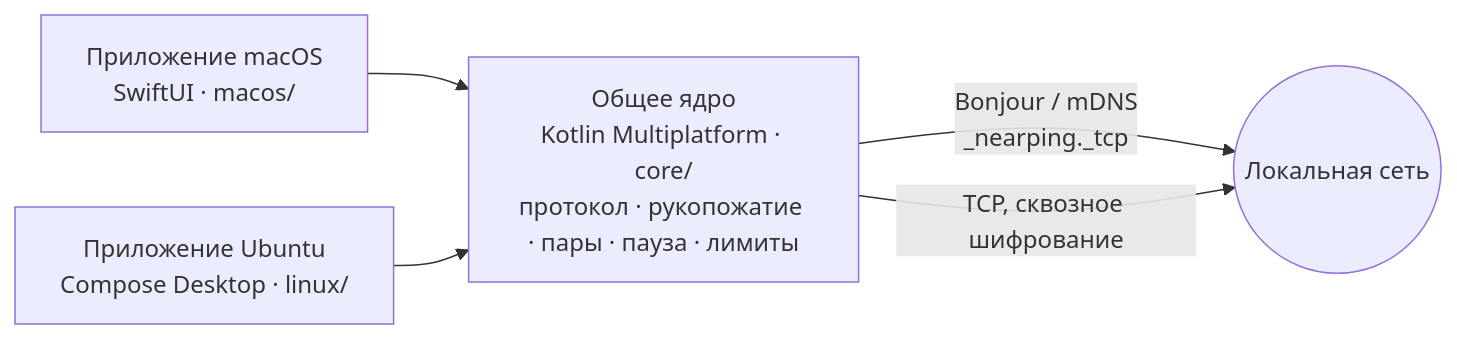
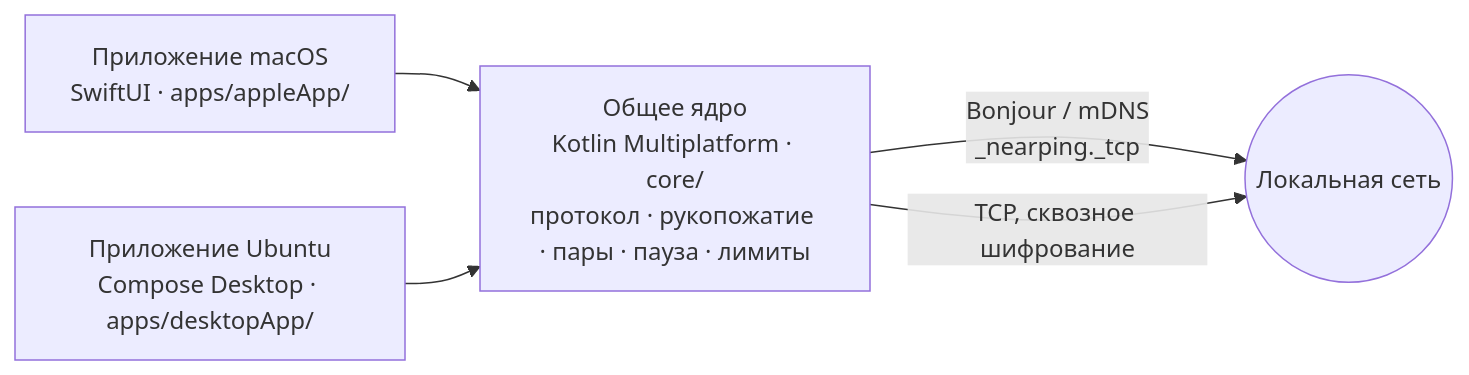
One commit to Disspear574/NearPing changed the diagram in README.ru.md. Above: the diagram before and after it, drawn with Mermaid. The commit also changed other lines of this file and 70 other files, not shown here.

First line of the commit message:
refactor: put the clients under apps and the Swift code in a package

````diff
--- a/README.ru.md
+++ b/README.ru.md
@@ -90,8 +90,8 @@
 ```mermaid
 flowchart LR
-    Mac["Приложение macOS<br/>SwiftUI · macos/"] --> Core
-    Linux["Приложение Ubuntu<br/>Compose Desktop · linux/"] --> Core
+    Mac["Приложение macOS<br/>SwiftUI · apps/appleApp/"] --> Core
+    Linux["Приложение Ubuntu<br/>Compose Desktop · apps/desktopApp/"] --> Core
     Core["Общее ядро<br/>Kotlin Multiplatform · core/<br/>протокол · рукопожатие · пары · пауза · лимиты"]
     Core -- "Bonjour / mDNS<br/>_nearping._tcp" --> LAN((Локальная сеть))
     Core -- "TCP, сквозное шифрование" --> LAN
 ```
````
